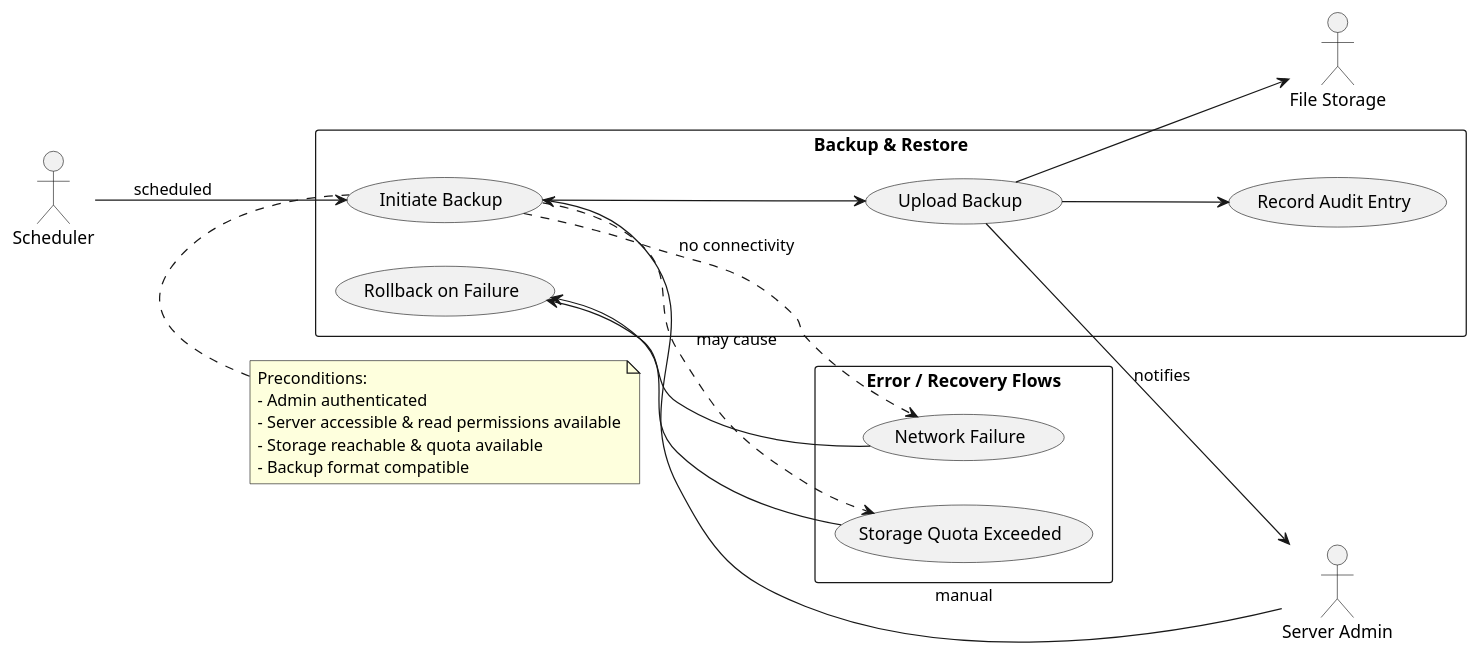
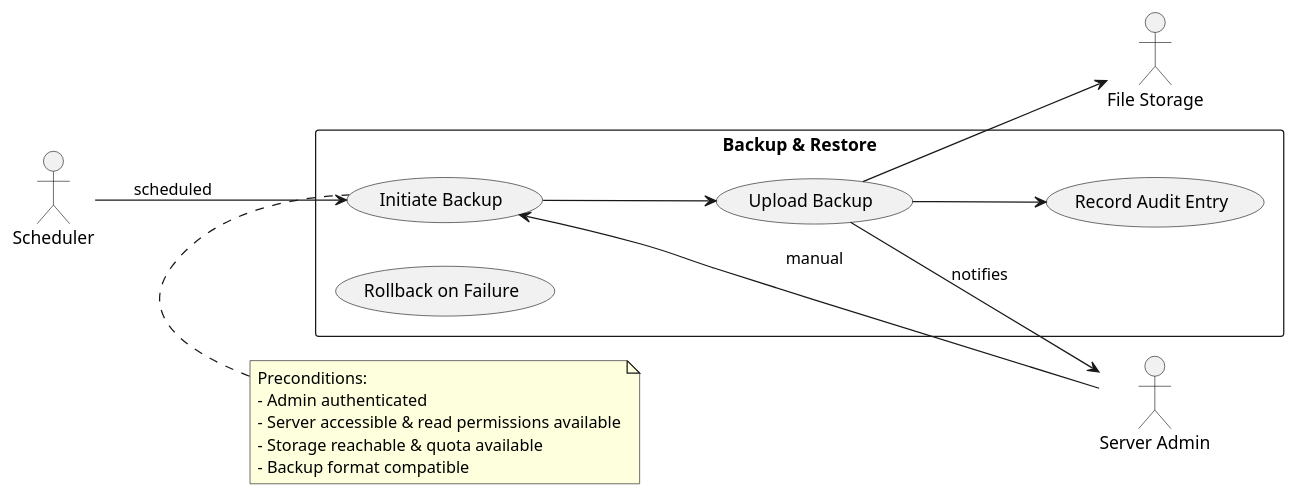
The diagram in SE202526/Milestone2/UseCases/RicardoBatista/ServerAdmin/data/ServerAdmin.puml (Ricardogb19/SE2526_66565_67196_67215_68509_68663_70116), drawn with PlantUML before and after one commit. The commit also changed 13 other files, not shown here.

```diff
--- a/SE202526/Milestone2/UseCases/RicardoBatista/ServerAdmin/data/ServerAdmin.puml
+++ b/SE202526/Milestone2/UseCases/RicardoBatista/ServerAdmin/data/ServerAdmin.puml
@@ -1,41 +1,30 @@
 @startuml BackupRestoreServer
 left to right direction
 skinparam packageStyle rectangle
 
 actor "Server Admin" as Admin
 actor "Scheduler" as Scheduler
 actor "File Storage" as Storage
 
 rectangle "Backup & Restore" {
   usecase "Initiate Backup" as UC_Backup
   usecase "Upload Backup" as UC_Upload
   usecase "Record Audit Entry" as UC_Audit
   usecase "Rollback on Failure" as UC_Rollback
 }
 
 Admin --> UC_Backup : manual
 Scheduler --> UC_Backup : scheduled
 UC_Backup --> UC_Upload
 UC_Upload --> Storage
 UC_Upload --> UC_Audit
-
-' Error/alt flows as usecases
-rectangle "Error / Recovery Flows" {
-  usecase "Network Failure" as E_Net
-  usecase "Storage Quota Exceeded" as E_Quota
-}
-
-UC_Backup ..> E_Net : no connectivity
-UC_Backup ..> E_Quota : may cause
 UC_Upload --> Admin : notifies
-E_Net --> UC_Rollback
-E_Quota --> UC_Rollback
 
 note top of UC_Backup
 Preconditions:
 - Admin authenticated
 - Server accessible & read permissions available
 - Storage reachable & quota available
 - Backup format compatible
 end note
 @enduml
```
